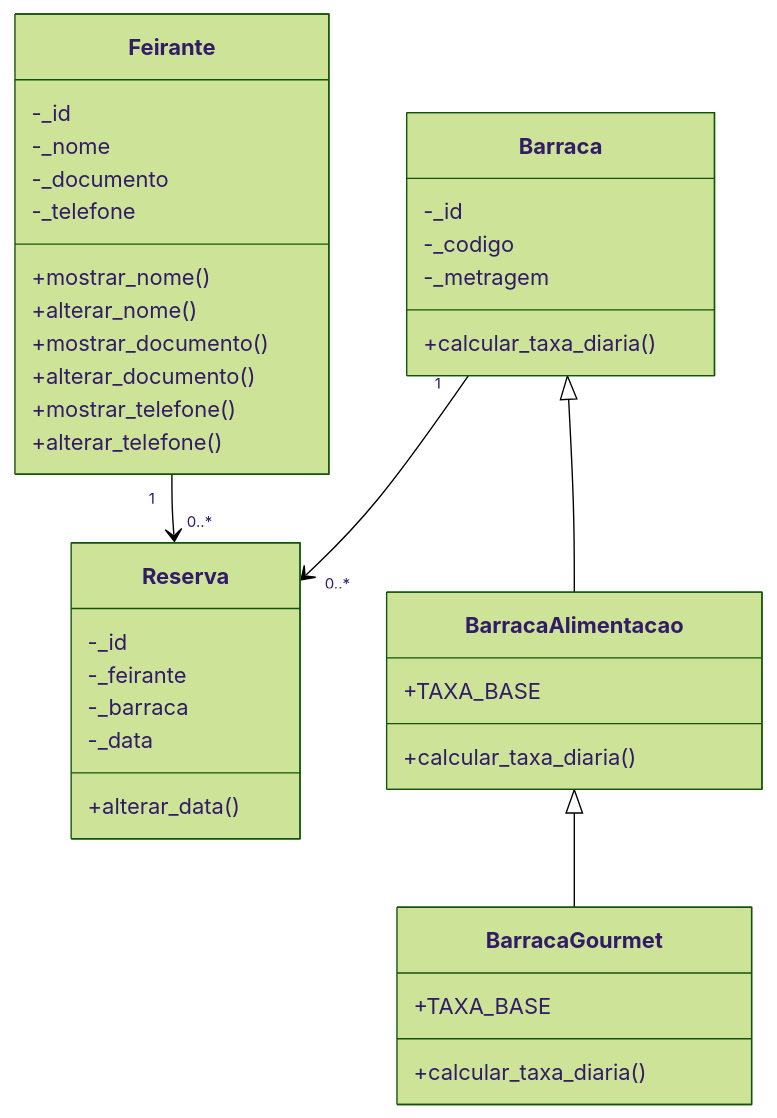
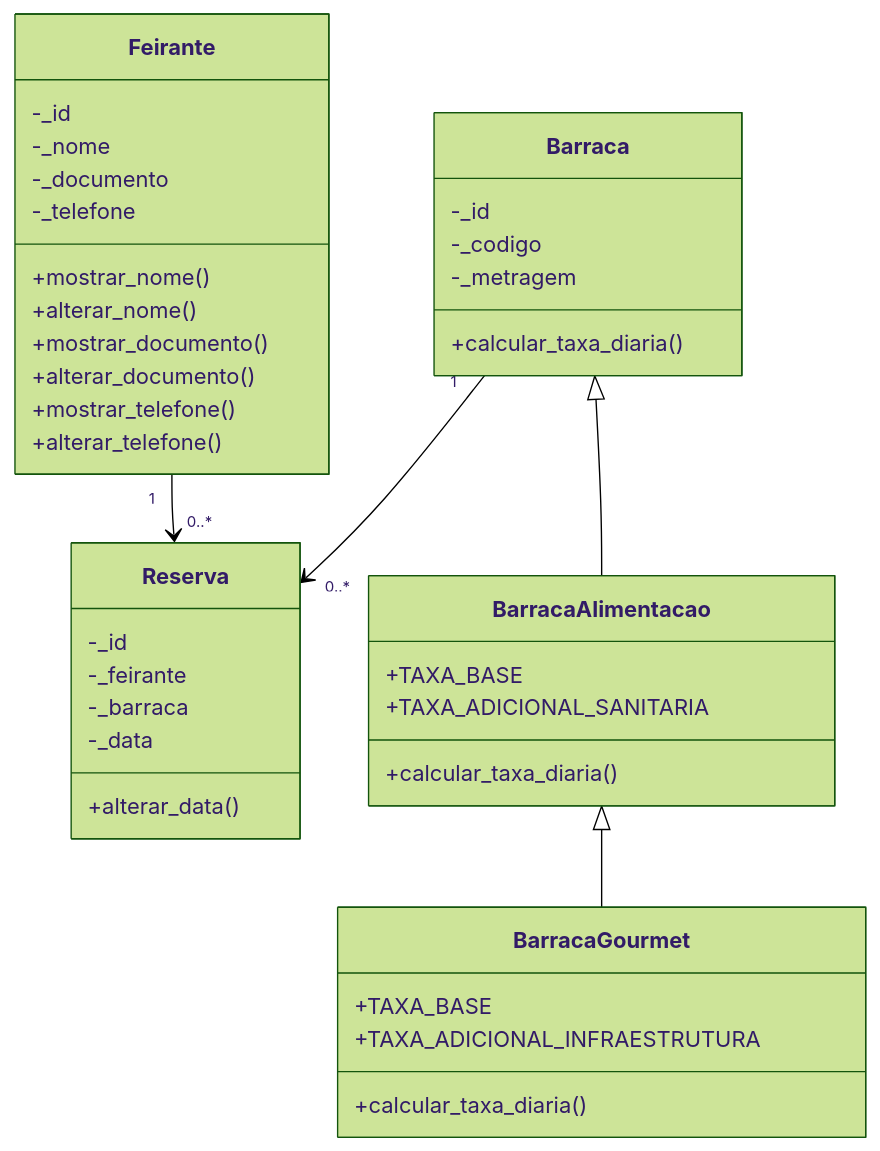
The diagram in README.md (Otavio-Cipriano/Feira-POO), drawn with Mermaid (forest theme) before and after one commit. The commit also changed other lines of this file and 17 other files, not shown here.

````diff
--- a/README.md
+++ b/README.md
@@ -88,45 +125,47 @@
 ```mermaid
 classDiagram
     class Feirante {
         -_id
         -_nome
         -_documento
         -_telefone
         +mostrar_nome()
         +alterar_nome()
         +mostrar_documento()
         +alterar_documento()
         +mostrar_telefone()
         +alterar_telefone()
     }
 
     class Barraca {
         -_id
         -_codigo
         -_metragem
         +calcular_taxa_diaria()
     }
 
     class BarracaAlimentacao {
         +TAXA_BASE
+        +TAXA_ADICIONAL_SANITARIA
         +calcular_taxa_diaria()
     }
 
     class BarracaGourmet {
         +TAXA_BASE
+        +TAXA_ADICIONAL_INFRAESTRUTURA
         +calcular_taxa_diaria()
     }
 
     class Reserva {
         -_id
         -_feirante
         -_barraca
         -_data
         +alterar_data()
     }
 
     Feirante "1" --> "0..*" Reserva
     Barraca "1" --> "0..*" Reserva
     Barraca <|-- BarracaAlimentacao
     BarracaAlimentacao <|-- BarracaGourmet
 ```
````
